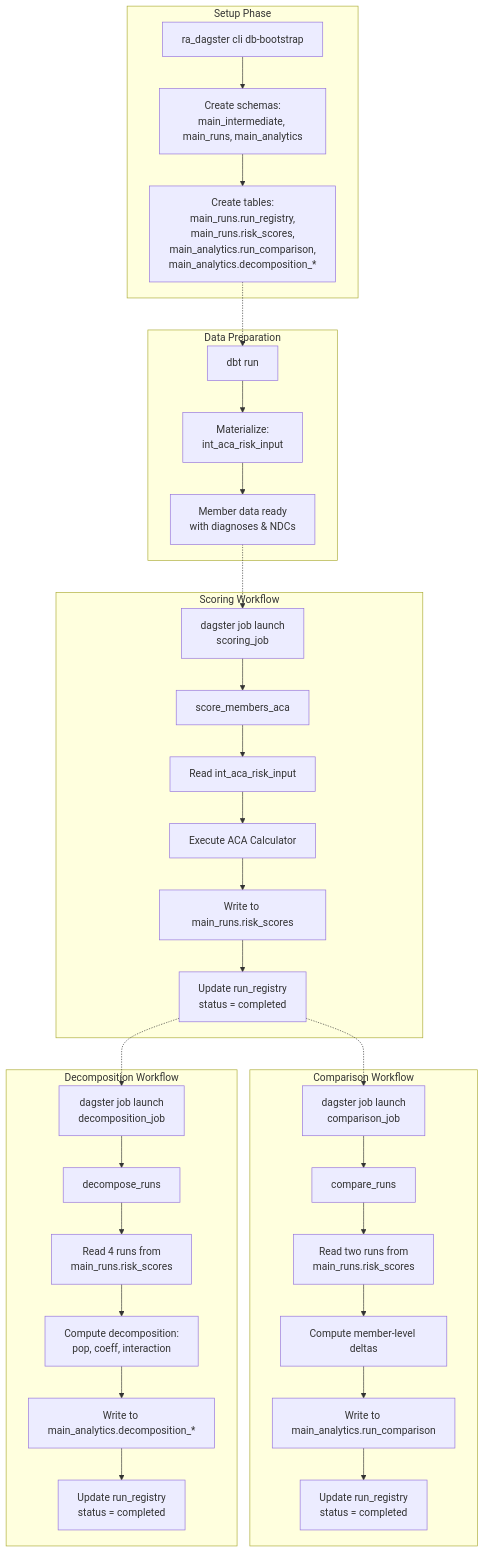
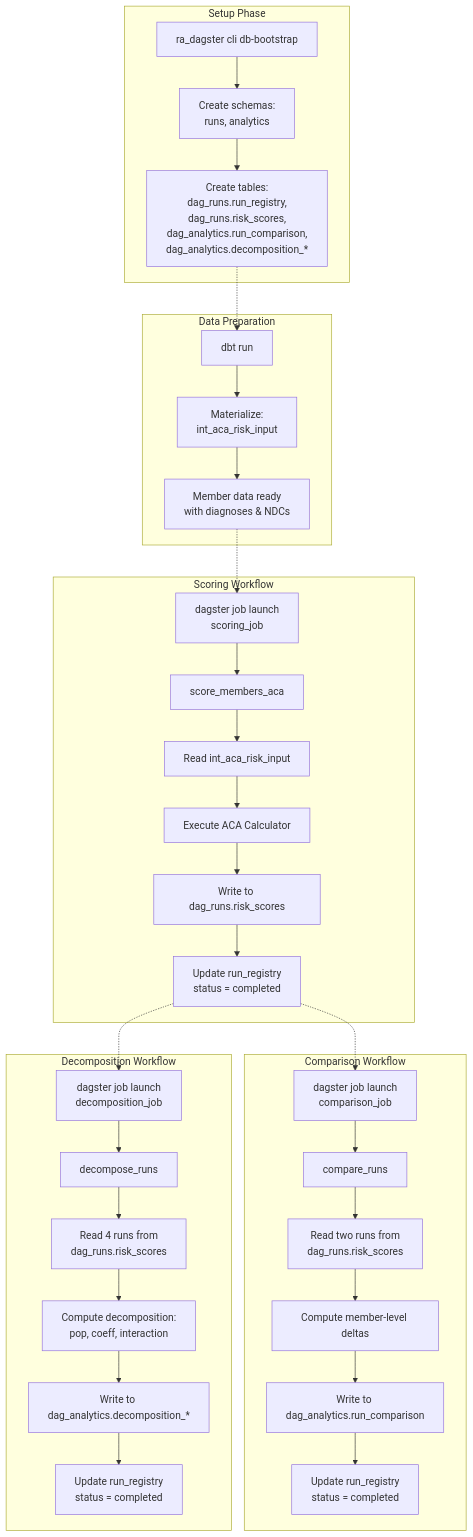
The first of 3 diagrams in ra_dagster/README.md (garthmortensen/prism), drawn with Mermaid before and after one commit. The commit also changed other lines of this file and 78 other files, not shown here.

Commit message:
fix(postgres): replace database duckdb with postgres, update schemas

````diff
--- a/ra_dagster/README.md
+++ b/ra_dagster/README.md
@@ -79,41 +79,41 @@
 ```mermaid
 graph TB
     subgraph "Setup Phase"
-    A[ra_dagster cli db-bootstrap] --> B[Create schemas:<br/>main_intermediate, main_runs, main_analytics]
-    B --> C[Create tables:<br/>main_runs.run_registry,<br/>main_runs.risk_scores,<br/>main_analytics.run_comparison,<br/>main_analytics.decomposition_*]
+    A[ra_dagster cli db-bootstrap] --> B[Create schemas:<br/>runs, analytics]
+    B --> C[Create tables:<br/>dag_runs.run_registry,<br/>dag_runs.risk_scores,<br/>dag_analytics.run_comparison,<br/>dag_analytics.decomposition_*]
     end
 
     subgraph "Data Preparation"
         D[dbt run] --> E[Materialize:<br/>int_aca_risk_input]
         E --> F[Member data ready<br/>with diagnoses & NDCs]
     end
 
     subgraph "Scoring Workflow"
         G[dagster job launch<br/>scoring_job] --> H[score_members_aca]
         H --> I[Read int_aca_risk_input]
         I --> J[Execute ACA Calculator]
-        J --> K[Write to main_runs.risk_scores]
+        J --> K[Write to dag_runs.risk_scores]
         K --> L[Update run_registry<br/>status = completed]
     end
 
     subgraph "Comparison Workflow"
         M[dagster job launch<br/>comparison_job] --> N[compare_runs]
-        N --> O[Read two runs from<br/>main_runs.risk_scores]
+        N --> O[Read two runs from<br/>dag_runs.risk_scores]
         O --> P[Compute member-level deltas]
-        P --> Q[Write to main_analytics.run_comparison]
+        P --> Q[Write to dag_analytics.run_comparison]
         Q --> R[Update run_registry<br/>status = completed]
     end
 
     subgraph "Decomposition Workflow"
         S[dagster job launch<br/>decomposition_job] --> T[decompose_runs]
-        T --> U[Read 4 runs from<br/>main_runs.risk_scores]
+        T --> U[Read 4 runs from<br/>dag_runs.risk_scores]
         U --> V[Compute decomposition:<br/>pop, coeff, interaction]
-        V --> W[Write to main_analytics.decomposition_*]
+        V --> W[Write to dag_analytics.decomposition_*]
         W --> X[Update run_registry<br/>status = completed]
     end
 
     C -.-> D
     F -.-> G
     L -.-> M
     L -.-> S
 ```
````
